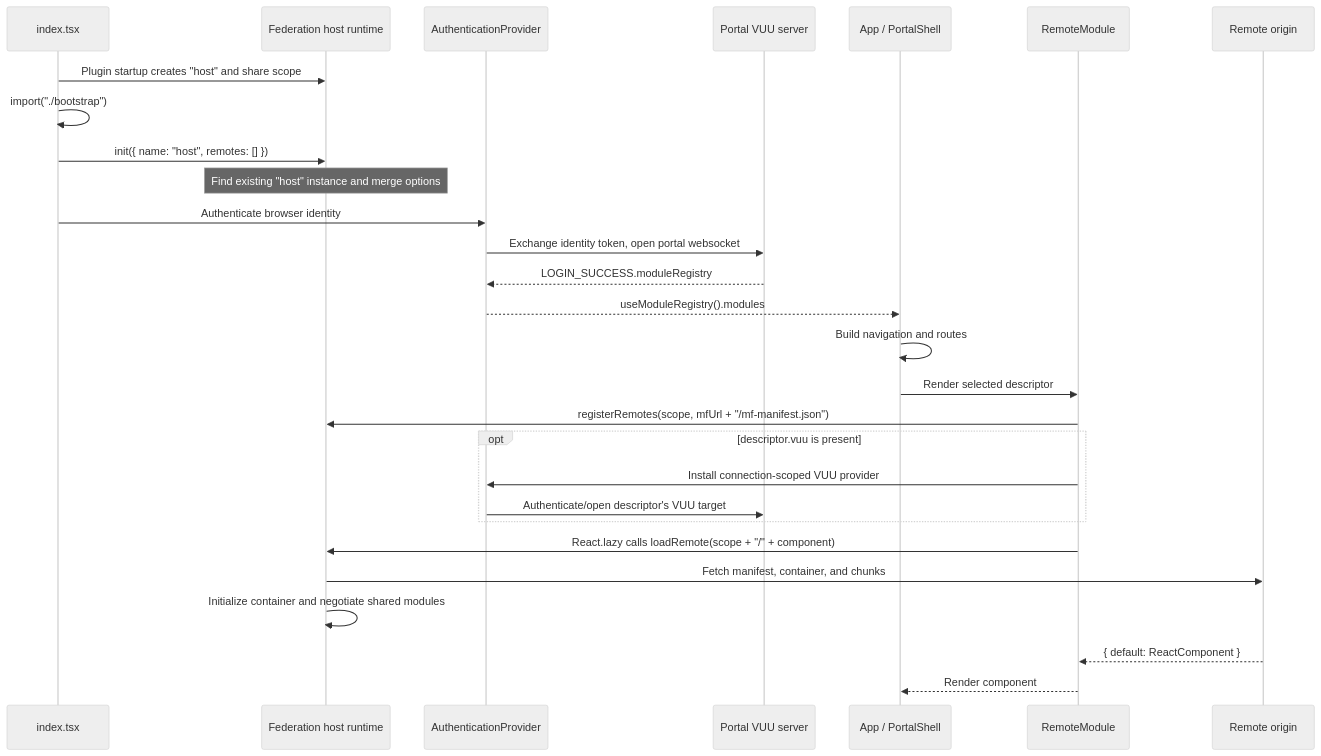
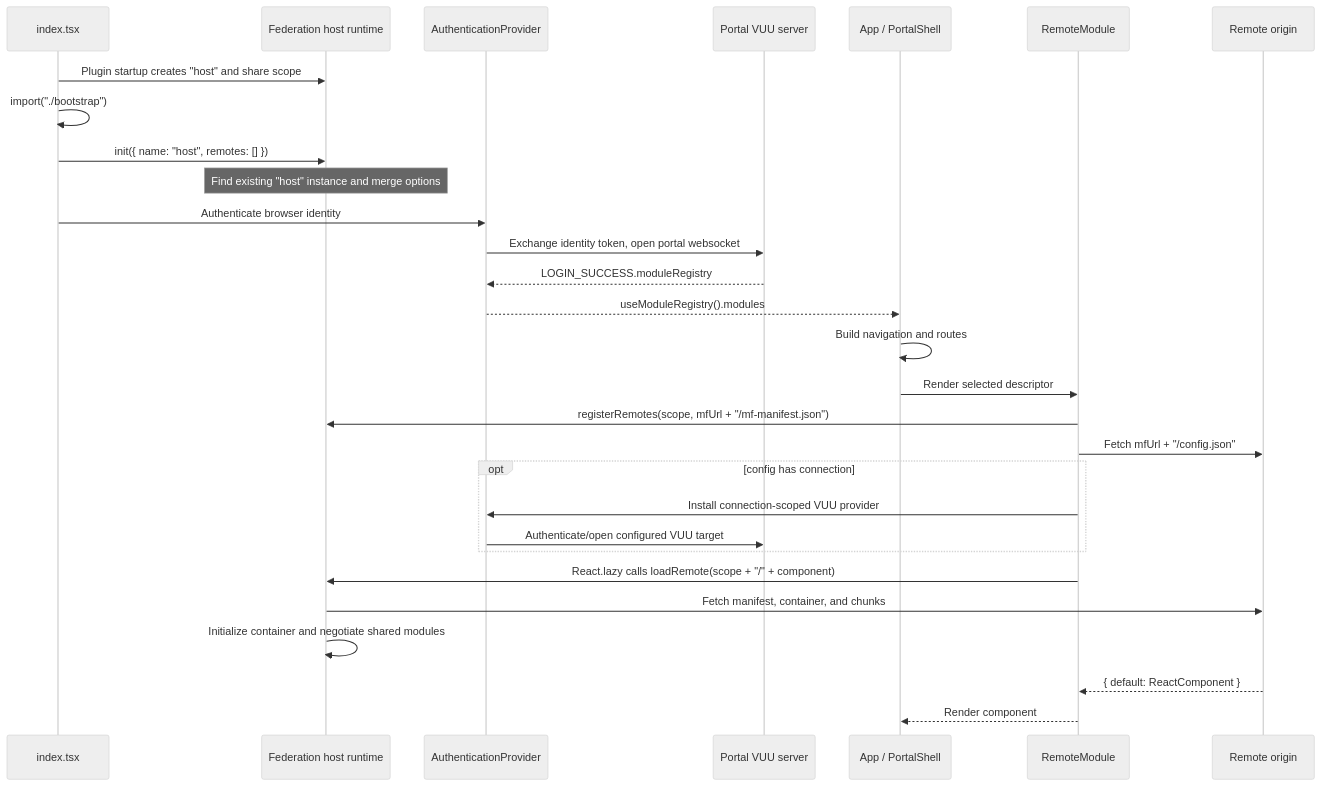
One commit to finos/vuu changed the diagram in vuu-ui/portal-examples/portal-host/docs/module-federation-runtime.md. Above: the diagram before and after it, drawn with Mermaid (neutral theme). The commit also changed other lines of this file and 101 other files, not shown here.

First line of the commit message:
Module admin v2 and per-remote config.json

````diff
--- a/vuu-ui/portal-examples/portal-host/docs/module-federation-runtime.md
+++ b/vuu-ui/portal-examples/portal-host/docs/module-federation-runtime.md
@@ -319,31 +322,32 @@
 ```mermaid
 sequenceDiagram
     participant Entry as index.tsx
     participant MF as Federation host runtime
     participant Auth as AuthenticationProvider
     participant Portal as Portal VUU server
     participant Shell as App / PortalShell
     participant Remote as RemoteModule
     participant Producer as Remote origin
 
     Entry->>MF: Plugin startup creates "host" and share scope
     Entry->>Entry: import("./bootstrap")
     Entry->>MF: init({ name: "host", remotes: [] })
     Note over MF: Find existing "host" instance and merge options
     Entry->>Auth: Authenticate browser identity
     Auth->>Portal: Exchange identity token, open portal websocket
     Portal-->>Auth: LOGIN_SUCCESS.moduleRegistry
     Auth-->>Shell: useModuleRegistry().modules
     Shell->>Shell: Build navigation and routes
     Shell->>Remote: Render selected descriptor
     Remote->>MF: registerRemotes(scope, mfUrl + "/mf-manifest.json")
-    opt descriptor.vuu is present
+    Remote->>Producer: Fetch mfUrl + "/config.json"
+    opt config has connection
         Remote->>Auth: Install connection-scoped VUU provider
-        Auth->>Portal: Authenticate/open descriptor's VUU target
+        Auth->>Portal: Authenticate/open configured VUU target
     end
     Remote->>MF: React.lazy calls loadRemote(scope + "/" + component)
     MF->>Producer: Fetch manifest, container, and chunks
     MF->>MF: Initialize container and negotiate shared modules
     Producer-->>Remote: { default: ReactComponent }
     Remote-->>Shell: Render component
 ```
````
